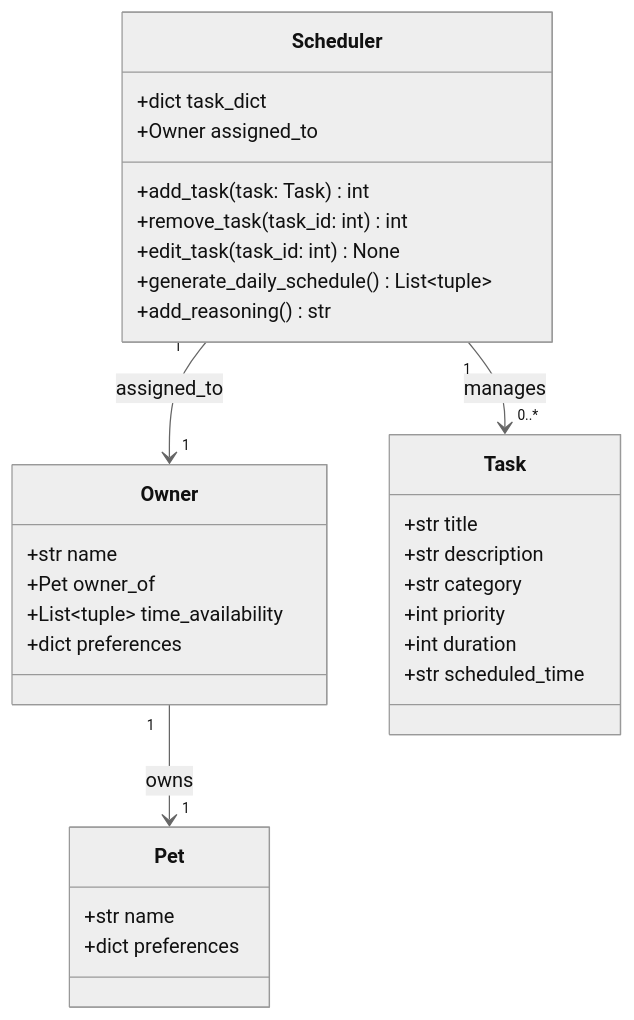
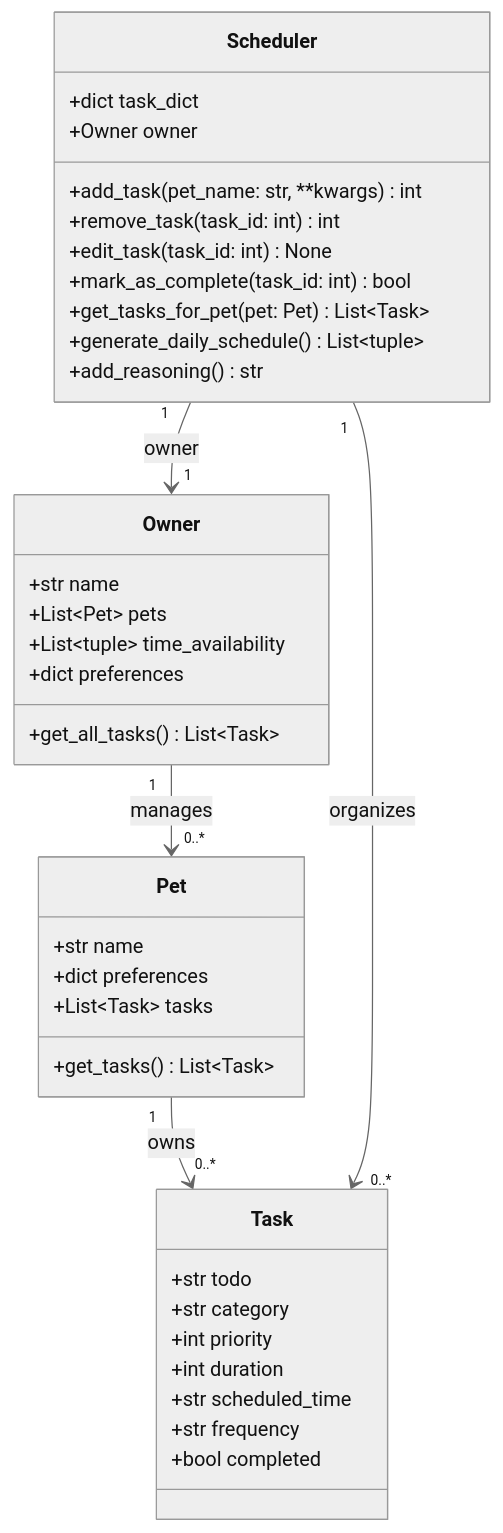
The diagram in specs.md (Jhewu/ai110-module2show-pawpal-starter), drawn with Mermaid (neutral theme) before and after one commit. The commit also changed other lines of this file, not shown here.

````diff
--- a/specs.md
+++ b/specs.md
@@ -74,37 +96,44 @@
 ```mermaid
 classDiagram
+    class Task {
+        +str todo
+        +str category
+        +int priority
+        +int duration
+        +str scheduled_time
+        +str frequency
+        +bool completed
+    }
+
     class Pet {
         +str name
         +dict preferences
+        +List~Task~ tasks
+        +get_tasks() List~Task~
     }
 
     class Owner {
         +str name
-        +Pet owner_of
+        +List~Pet~ pets
         +List~tuple~ time_availability
         +dict preferences
-    }
-
-    class Task {
-        +str title
-        +str description
-        +str category
-        +int priority
-        +int duration
-        +str scheduled_time
+        +get_all_tasks() List~Task~
     }
 
     class Scheduler {
         +dict task_dict
-        +Owner assigned_to
-        +add_task(task: Task) int
+        +Owner owner
+        +add_task(pet_name: str, **kwargs) int
         +remove_task(task_id: int) int
         +edit_task(task_id: int) None
+        +mark_as_complete(task_id: int) bool
+        +get_tasks_for_pet(pet: Pet) List~Task~
         +generate_daily_schedule() List~tuple~
         +add_reasoning() str
     }
 
-    Owner "1" --> "1" Pet : owns
-    Scheduler "1" --> "1" Owner : assigned_to
-    Scheduler "1" --> "0..*" Task : manages
+    Owner "1" --> "0..*" Pet : manages
+    Pet "1" --> "0..*" Task : owns
+    Scheduler "1" --> "1" Owner : owner
+    Scheduler "1" --> "0..*" Task : organizes
 ```
````
